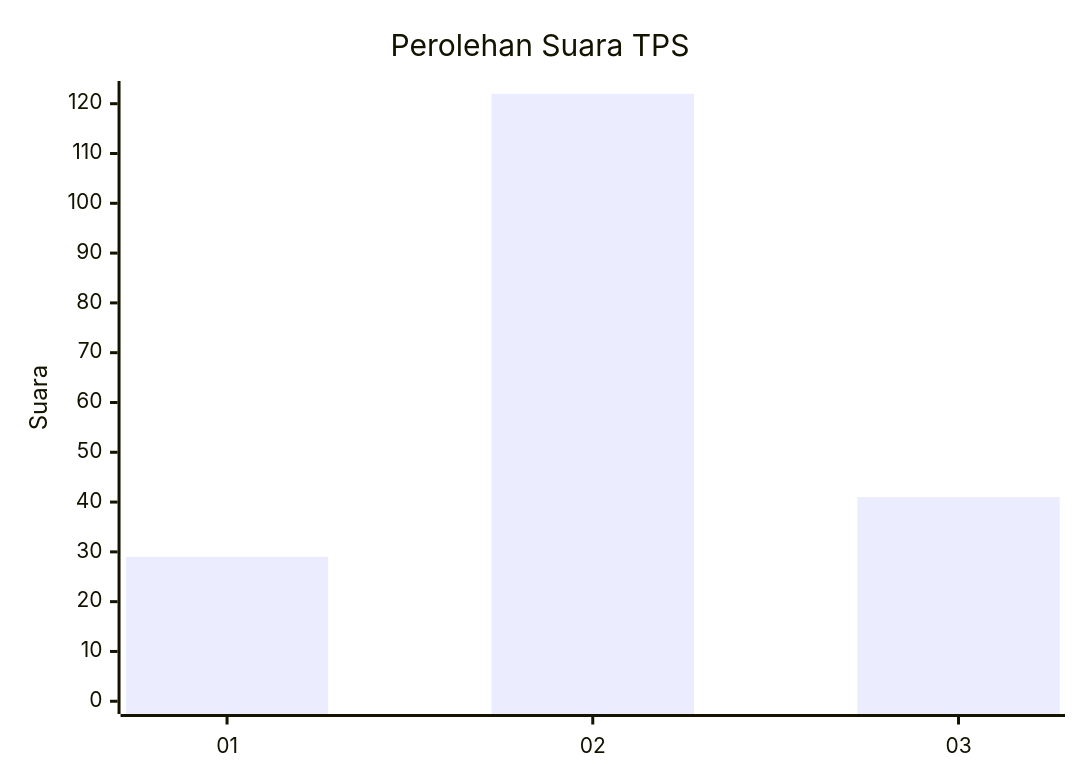
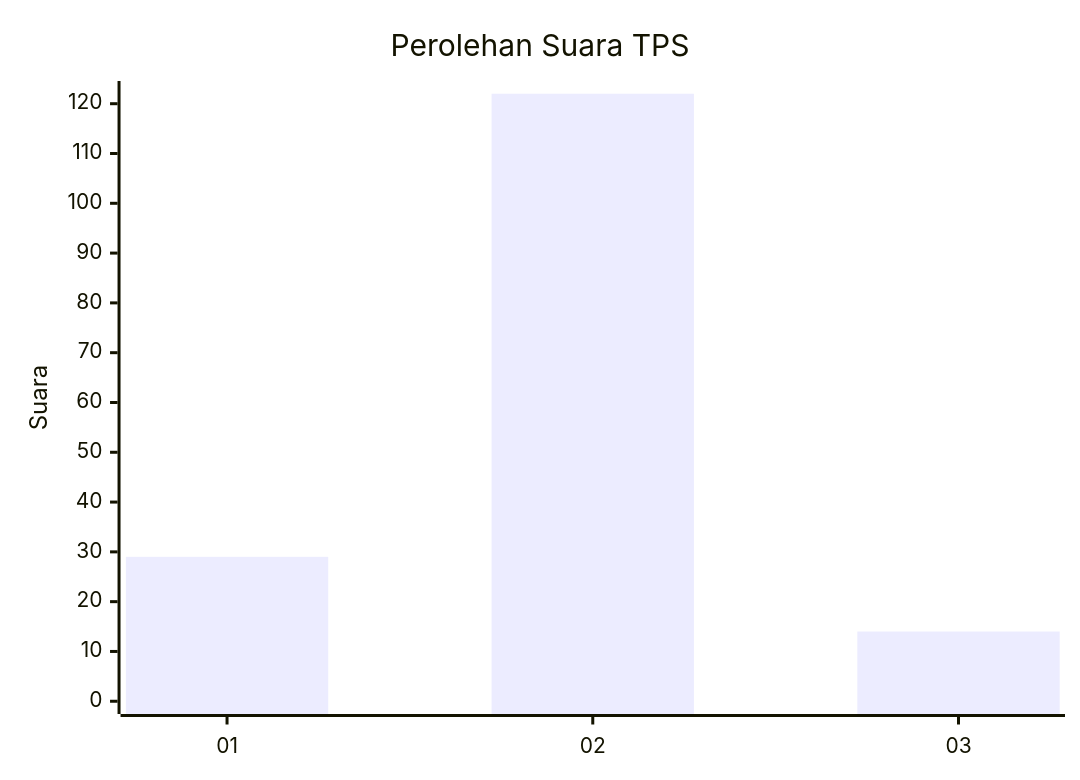
The first of 2 diagrams in pilpres/hitung-suara/sub/52-nusa-tenggara-barat/sub/01-lombok-barat/sub/12-lingsar/sub/2005-karang-bayan/sub/017-tps/README.md (gigit-pemilu/pemilu-2024-52-nusa-tenggara-barat), drawn with Mermaid before and after one commit. The commit also changed other lines of this file and 103 other files, not shown here.

````diff
--- a/pilpres/hitung-suara/sub/52-nusa-tenggara-barat/sub/01-lombok-barat/sub/12-lingsar/sub/2005-karang-bayan/sub/017-tps/README.md
+++ b/pilpres/hitung-suara/sub/52-nusa-tenggara-barat/sub/01-lombok-barat/sub/12-lingsar/sub/2005-karang-bayan/sub/017-tps/README.md
@@ -5,7 +5,7 @@
 ```mermaid
 xychart-beta
     title "Perolehan Suara TPS"
     x-axis [01, 02, 03]
     y-axis "Suara" 0 --> 122
-    bar [29, 122, 41]
+    bar [29, 122, 14]
 ```
````
